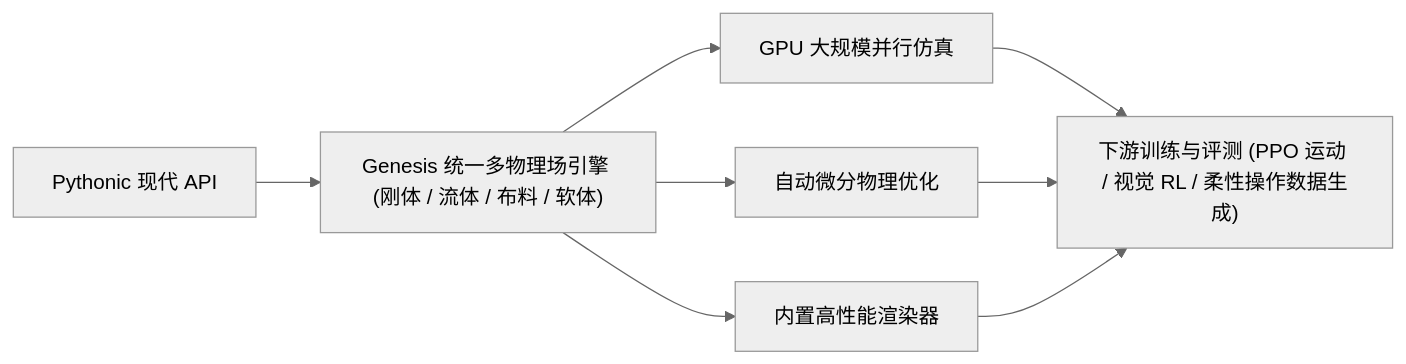
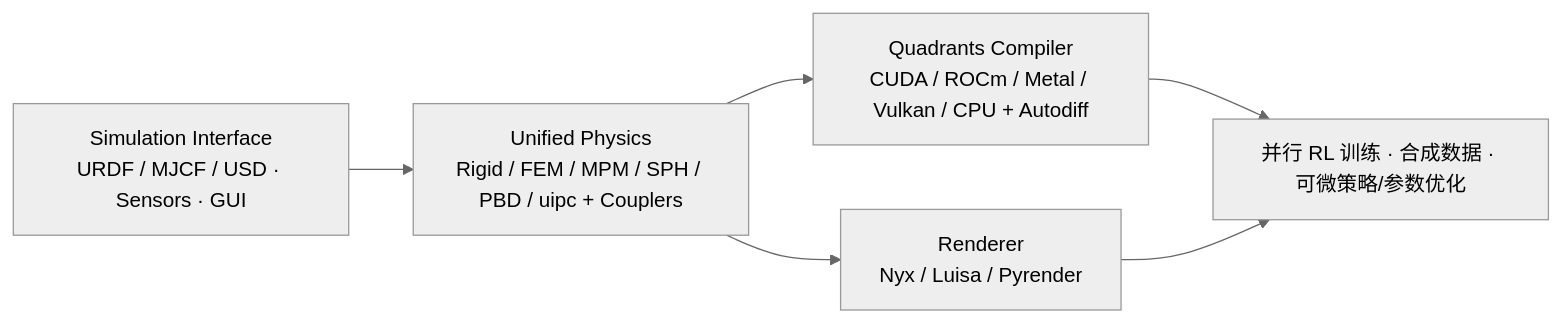
Before and after one commit to ImChong/Robotics_Notebooks: the first of 2 diagrams in wiki/entities/genesis-sim.md, drawn with Mermaid (neutral theme). The commit also changed other lines of this file and 41 other files, not shown here.

Commit message:
[2026-11-28] ingest | roadmap/depth-robot-modeling-digital-twin.md — 补齐 20 个纵深节点一手通读与阅读骨架，全路线达成 3/3 满分健康度

````diff
--- a/wiki/entities/genesis-sim.md
+++ b/wiki/entities/genesis-sim.md
@@ -45,10 +59,8 @@
 ```mermaid
 flowchart LR
-    API["Pythonic 现代 API"] --> Core["Genesis 统一多物理场引擎 (刚体 / 流体 / 布料 / 软体)"]
-    Core --> Par["GPU 大规模并行仿真"]
-    Core --> Diff["自动微分物理优化"]
-    Core --> Render["内置高性能渲染器"]
-    Par --> App["下游训练与评测 (PPO 运动 / 视觉 RL / 柔性操作数据生成)"]
-    Diff --> App
-    Render --> App
+    API["Simulation Interface\nURDF / MJCF / USD · Sensors · GUI"] --> PHY["Unified Physics\nRigid / FEM / MPM / SPH / PBD / uipc + Couplers"]
+    PHY --> COMP["Quadrants Compiler\nCUDA / ROCm / Metal / Vulkan / CPU + Autodiff"]
+    PHY --> REND["Renderer\nNyx / Luisa / Pyrender"]
+    COMP --> App["并行 RL 训练 · 合成数据 · 可微策略/参数优化"]
+    REND --> App
 ```
````
